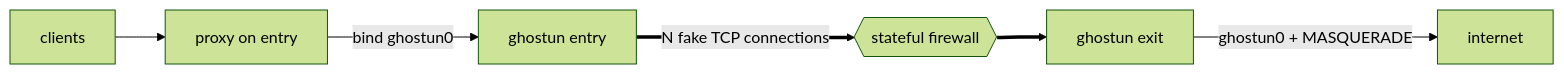
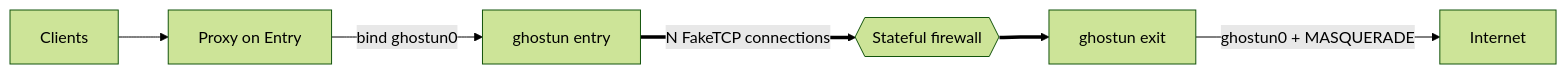
One commit to huihuimoe/ghostun changed the diagram in README.md. Above: the diagram before and after it, drawn with Mermaid (forest theme). The commit also changed other lines of this file and 6 other files, not shown here.

````diff
--- a/README.md
+++ b/README.md
@@ -10,6 +10,6 @@
 ```mermaid
 flowchart LR
-  C[clients] --> P[proxy on entry] -->|bind ghostun0| E[ghostun entry]
-  E ==>|N fake TCP connections| FW{{stateful firewall}} ==> X[ghostun exit]
-  X -->|ghostun0 + MASQUERADE| I[internet]
+  C[Clients] --> P[Proxy on Entry] -->|bind ghostun0| E[ghostun entry]
+  E ==>|N FakeTCP connections| FW{{Stateful firewall}} ==> X[ghostun exit]
+  X -->|ghostun0 + MASQUERADE| I[Internet]
 ```
````
